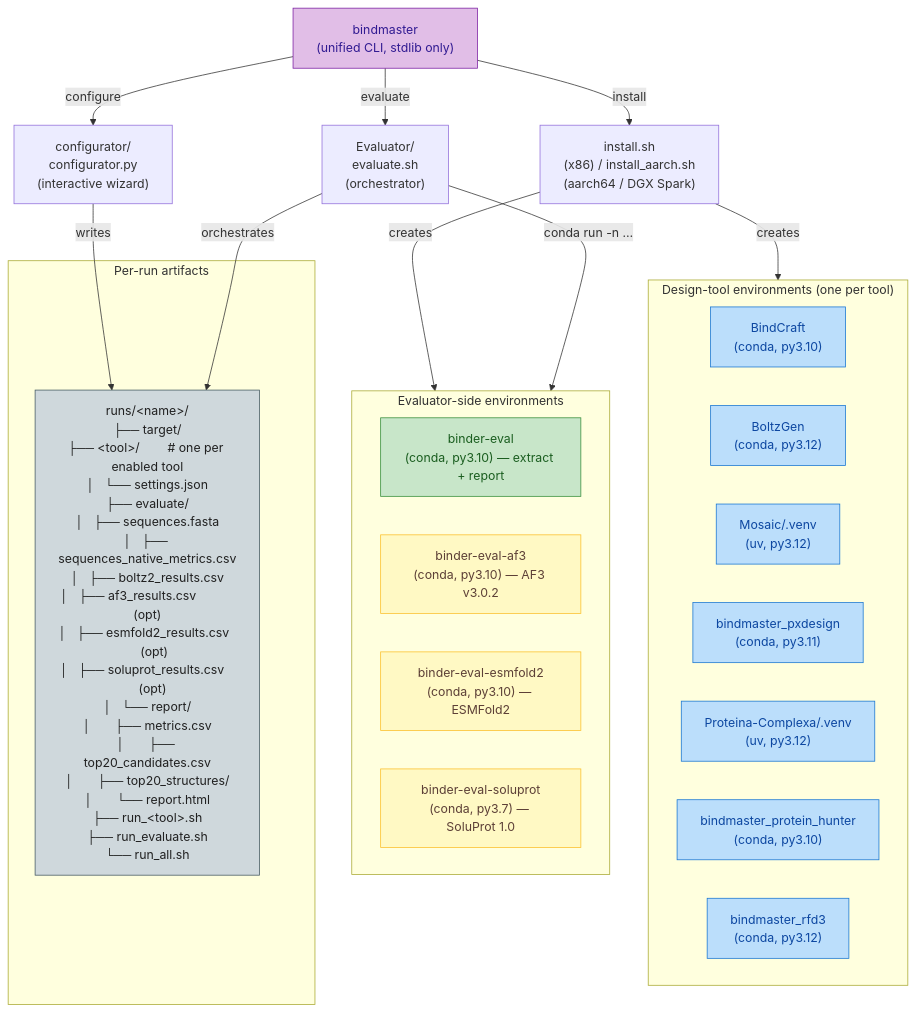
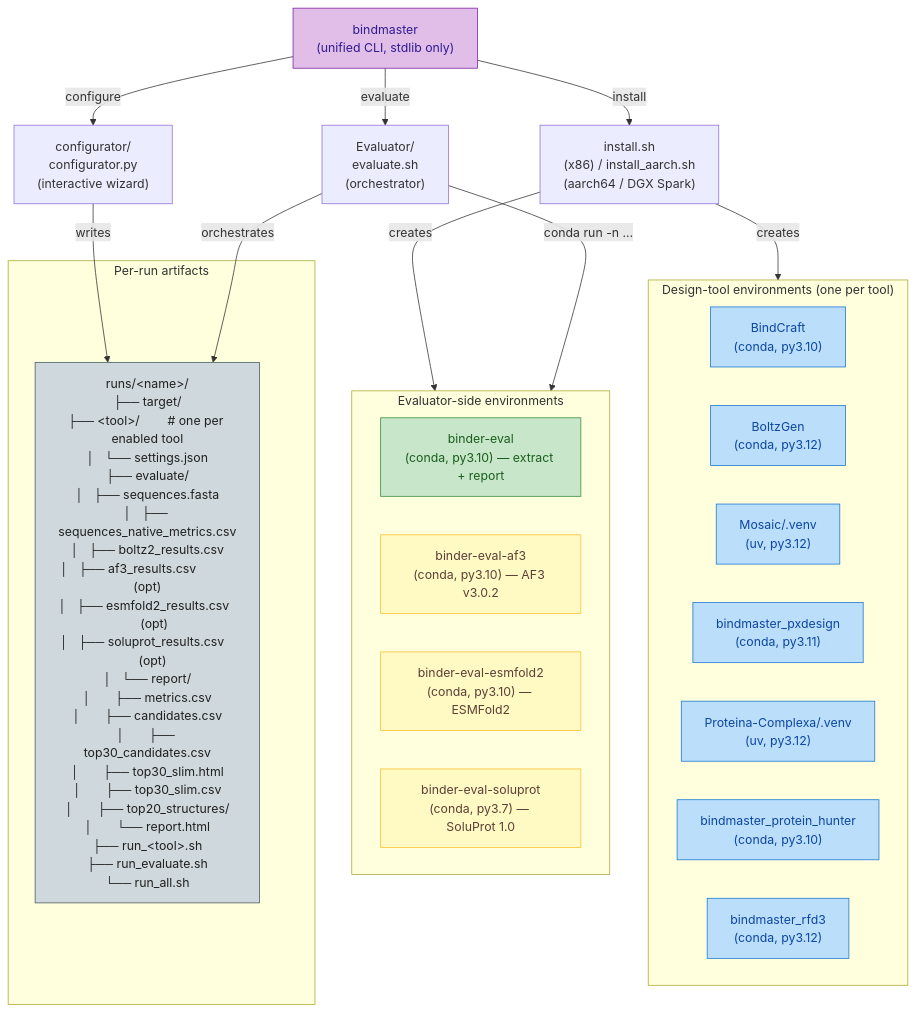
One commit to damborik22/BinderScout changed the second of 2 diagrams in README.md. Above: the diagram before and after it, drawn with Mermaid. The commit also changed other lines of this file and 46 other files, not shown here.

````diff
--- a/README.md
+++ b/README.md
@@ -95,41 +95,41 @@
 ```mermaid
 flowchart TB
     classDef gen fill:#bbdefb,stroke:#1976d2,color:#0d47a1
     classDef eng fill:#c8e6c9,stroke:#388e3c,color:#1b5e20
     classDef opt fill:#fff9c4,stroke:#fbc02d,color:#5d4037
     classDef cli fill:#e1bee7,stroke:#7b1fa2,color:#311b92
     classDef arti fill:#cfd8dc,stroke:#455a64,color:#212121
 
     CLI["bindmaster\n(unified CLI, stdlib only)"]:::cli
 
     CLI -->|install| InstallSh["install.sh\n(x86) / install_aarch.sh\n(aarch64 / DGX Spark)"]
     CLI -->|configure| Configurator["configurator/\nconfigurator.py\n(interactive wizard)"]
     CLI -->|evaluate| EvaluateSh["Evaluator/\nevaluate.sh\n(orchestrator)"]
 
     subgraph GenEnvs["Design-tool environments (one per tool)"]
         EnvBC["BindCraft<br/>(conda, py3.10)"]:::gen
         EnvBG["BoltzGen<br/>(conda, py3.12)"]:::gen
         EnvMo["Mosaic/.venv<br/>(uv, py3.12)"]:::gen
         EnvPX["bindmaster_pxdesign<br/>(conda, py3.11)"]:::gen
         EnvPC["Proteina-Complexa/.venv<br/>(uv, py3.12)"]:::gen
         EnvPH["bindmaster_protein_hunter<br/>(conda, py3.10)"]:::gen
         EnvRF["bindmaster_rfd3<br/>(conda, py3.12)"]:::gen
     end
 
     subgraph EvalEnvs["Evaluator-side environments"]
         EnvEv["binder-eval<br/>(conda, py3.10) — extract + report"]:::eng
         EnvAF3["binder-eval-af3<br/>(conda, py3.10) — AF3 v3.0.2"]:::opt
         EnvESM["binder-eval-esmfold2<br/>(conda, py3.10) — ESMFold2"]:::opt
         EnvSP["binder-eval-soluprot<br/>(conda, py3.7) — SoluProt 1.0"]:::opt
     end
 
     subgraph Artifacts["Per-run artifacts"]
-        Runs["runs/&lt;name&gt;/\n├── target/\n├── &lt;tool&gt;/        # one per enabled tool\n│   └── settings.json\n├── evaluate/\n│   ├── sequences.fasta\n│   ├── sequences_native_metrics.csv\n│   ├── boltz2_results.csv\n│   ├── af3_results.csv           (opt)\n│   ├── esmfold2_results.csv      (opt)\n│   ├── soluprot_results.csv      (opt)\n│   └── report/\n│       ├── metrics.csv\n│       ├── top20_candidates.csv\n│       ├── top20_structures/\n│       └── report.html\n├── run_&lt;tool&gt;.sh\n├── run_evaluate.sh\n└── run_all.sh"]:::arti
+        Runs["runs/&lt;name&gt;/\n├── target/\n├── &lt;tool&gt;/        # one per enabled tool\n│   └── settings.json\n├── evaluate/\n│   ├── sequences.fasta\n│   ├── sequences_native_metrics.csv\n│   ├── boltz2_results.csv\n│   ├── af3_results.csv           (opt)\n│   ├── esmfold2_results.csv      (opt)\n│   ├── soluprot_results.csv      (opt)\n│   └── report/\n│       ├── metrics.csv\n│       ├── candidates.csv\n│       ├── top30_candidates.csv\n│       ├── top30_slim.html\n│       ├── top30_slim.csv\n│       ├── top20_structures/\n│       └── report.html\n├── run_&lt;tool&gt;.sh\n├── run_evaluate.sh\n└── run_all.sh"]:::arti
     end
 
     InstallSh -->|creates| GenEnvs
     InstallSh -->|creates| EvalEnvs
     Configurator -->|writes| Runs
     EvaluateSh -->|orchestrates| Runs
     EvaluateSh -->|conda run -n …| EvalEnvs
 ```
````
